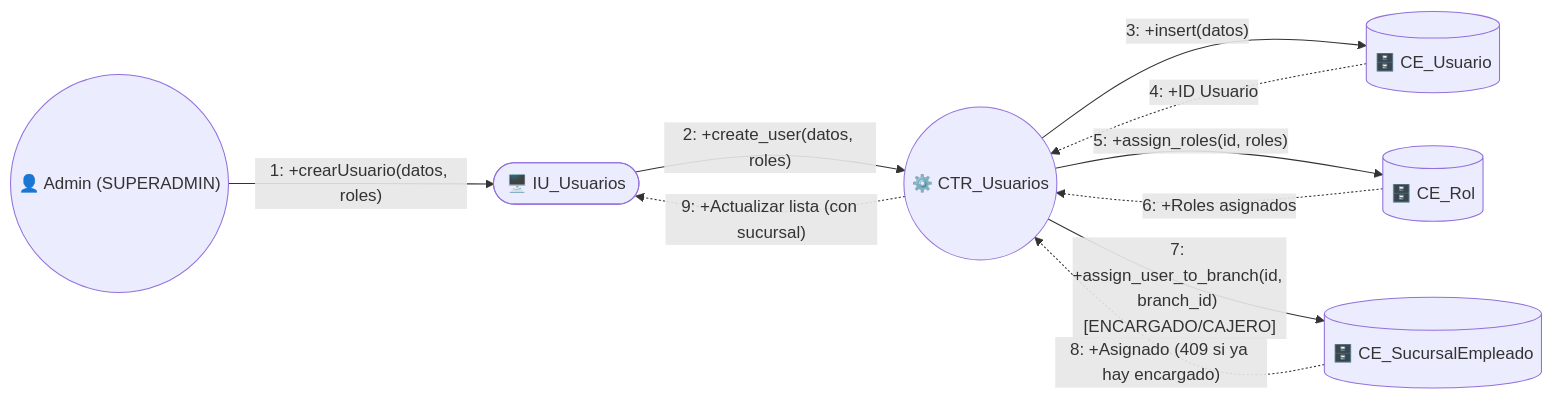
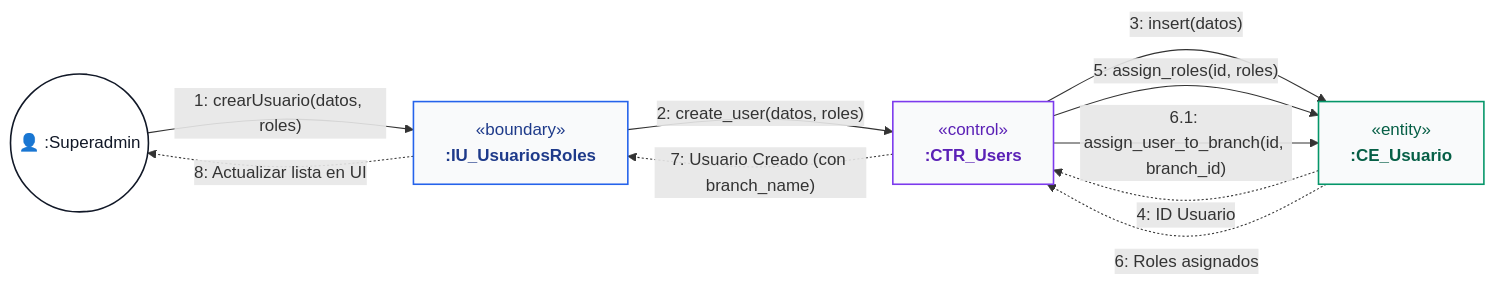
One commit to jc-larry/ecommerce changed diagram 13 of 53 in documentos/Ciclo1.md. Above: the diagram before and after it, drawn with Mermaid. The commit also changed other lines of this file and 148 other files, not shown here.

````diff
--- a/documentos/Ciclo1.md
+++ b/documentos/Ciclo1.md
@@ -926,18 +959,23 @@
 ```mermaid
 flowchart LR
-    Actor(("👤 Admin (SUPERADMIN)"))
-    IU(["🖥️ IU_Usuarios"])
-    CTR(("⚙️ CTR_Usuarios"))
-    ENT[("🗄️ CE_Usuario")]
-    ENT_R[("🗄️ CE_Rol")]
+    classDef actorStyle fill:#ffffff,stroke:#111827,stroke-width:1.5px,color:#111827;
+    classDef boundaryStyle fill:#f9fafb,stroke:#2563eb,stroke-width:1.5px,color:#1e3a8a;
+    classDef controlStyle fill:#f9fafb,stroke:#7c3aed,stroke-width:1.5px,color:#5b21b6;
+    classDef entityStyle fill:#f9fafb,stroke:#059669,stroke-width:1.5px,color:#065f46;
+    classDef externalStyle fill:#f9fafb,stroke:#d97706,stroke-width:1.5px,color:#92400e;
 
-    Actor -- "1: +crearUsuario(datos, roles)" --> IU
-    IU -- "2: +create_user(datos, roles)" --> CTR
-    CTR -- "3: +insert(datos)" --> ENT
-    ENT -. "4: +ID Usuario" .-> CTR
-    CTR -- "5: +assign_roles(id, roles)" --> ENT_R
-    ENT_R -. "6: +Roles asignados" .-> CTR
-    CTR -- "7: +assign_user_to_branch(id, branch_id) [ENCARGADO/CAJERO]" --> ENT_B[("🗄️ CE_SucursalEmpleado")]
-    ENT_B -. "8: +Asignado (409 si ya hay encargado)" .-> CTR
-    CTR -. "9: +Actualizar lista (con sucursal)" .-> IU
+    A(("👤 :Superadmin")):::actorStyle
+    IU["&laquo;boundary&raquo;<br/><b>:IU_UsuariosRoles</b>"]:::boundaryStyle
+    CTR["&laquo;control&raquo;<br/><b>:CTR_Users</b>"]:::controlStyle
+    CE_U["&laquo;entity&raquo;<br/><b>:CE_Usuario</b>"]:::entityStyle
+
+    A -- "1: crearUsuario(datos, roles)" --> IU
+    IU -- "2: create_user(datos, roles)" --> CTR
+    CTR -- "3: insert(datos)" --> CE_U
+    CE_U -. "4: ID Usuario" .-> CTR
+    CTR -- "5: assign_roles(id, roles)" --> CE_U
+    CE_U -. "6: Roles asignados" .-> CTR
+    CTR -- "6.1: assign_user_to_branch(id, branch_id)" --> CE_U
+    CTR -. "7: Usuario Creado (con branch_name)" .-> IU
+    IU -. "8: Actualizar lista en UI" .-> A
 ```
````
